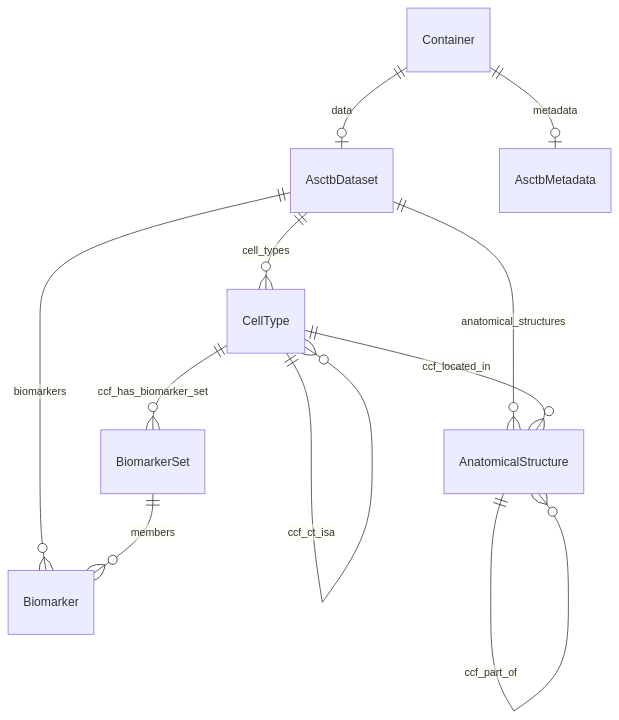
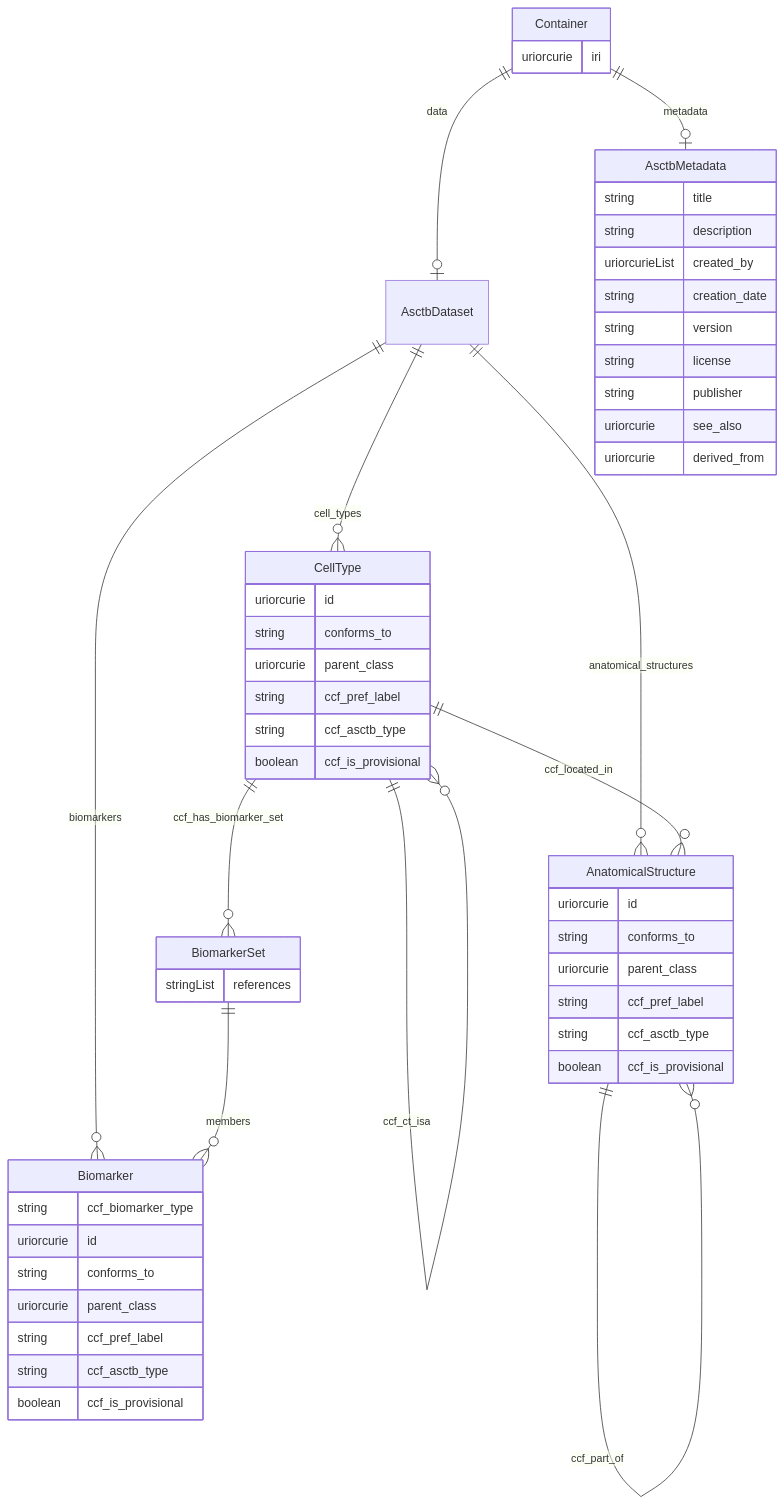
One commit to hubmapconsortium/hra-do-processor changed the second of 11 diagrams in er-diagrams.md. Above: the diagram before and after it, drawn with Mermaid. The commit also changed other lines of this file, not shown here.

Commit message:
ER Diagram update

````diff
--- a/er-diagrams.md
+++ b/er-diagrams.md
@@ -38,36 +55,60 @@
 ```mermaid
 erDiagram
 Container {
-
+    uriorcurie iri  
 }
 AsctbDataset {
 
 }
 Biomarker {
-
+    string ccf_biomarker_type  
+    uriorcurie id  
+    string conforms_to  
+    uriorcurie parent_class  
+    string ccf_pref_label  
+    string ccf_asctb_type  
+    boolean ccf_is_provisional  
 }
 CellType {
-
+    uriorcurie id  
+    string conforms_to  
+    uriorcurie parent_class  
+    string ccf_pref_label  
+    string ccf_asctb_type  
+    boolean ccf_is_provisional  
 }
 BiomarkerSet {
-
+    stringList references  
 }
 AnatomicalStructure {
-
+    uriorcurie id  
+    string conforms_to  
+    uriorcurie parent_class  
+    string ccf_pref_label  
+    string ccf_asctb_type  
+    boolean ccf_is_provisional  
 }
 AsctbMetadata {
-
+    string title  
+    string description  
+    uriorcurieList created_by  
+    string creation_date  
+    string version  
+    string license  
+    string publisher  
+    uriorcurie see_also  
+    uriorcurie derived_from  
 }
 
 Container ||--|o AsctbMetadata : "metadata"
 Container ||--|o AsctbDataset : "data"
 AsctbDataset ||--}o AnatomicalStructure : "anatomical_structures"
 AsctbDataset ||--}o CellType : "cell_types"
 AsctbDataset ||--}o Biomarker : "biomarkers"
 CellType ||--}o CellType : "ccf_ct_isa"
 CellType ||--}o AnatomicalStructure : "ccf_located_in"
 CellType ||--}o BiomarkerSet : "ccf_has_biomarker_set"
 BiomarkerSet ||--}o Biomarker : "members"
 AnatomicalStructure ||--}o AnatomicalStructure : "ccf_part_of"
 
 ```
````
